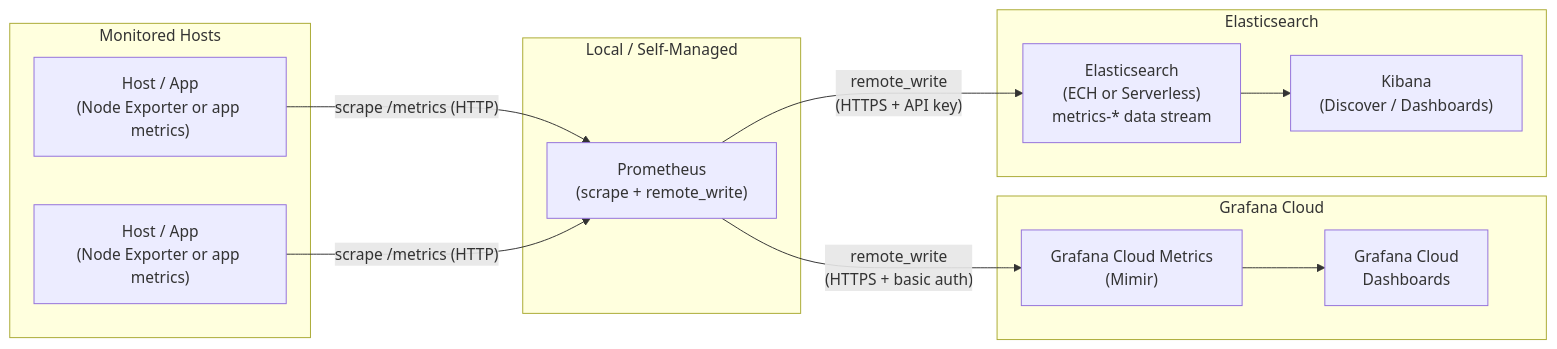
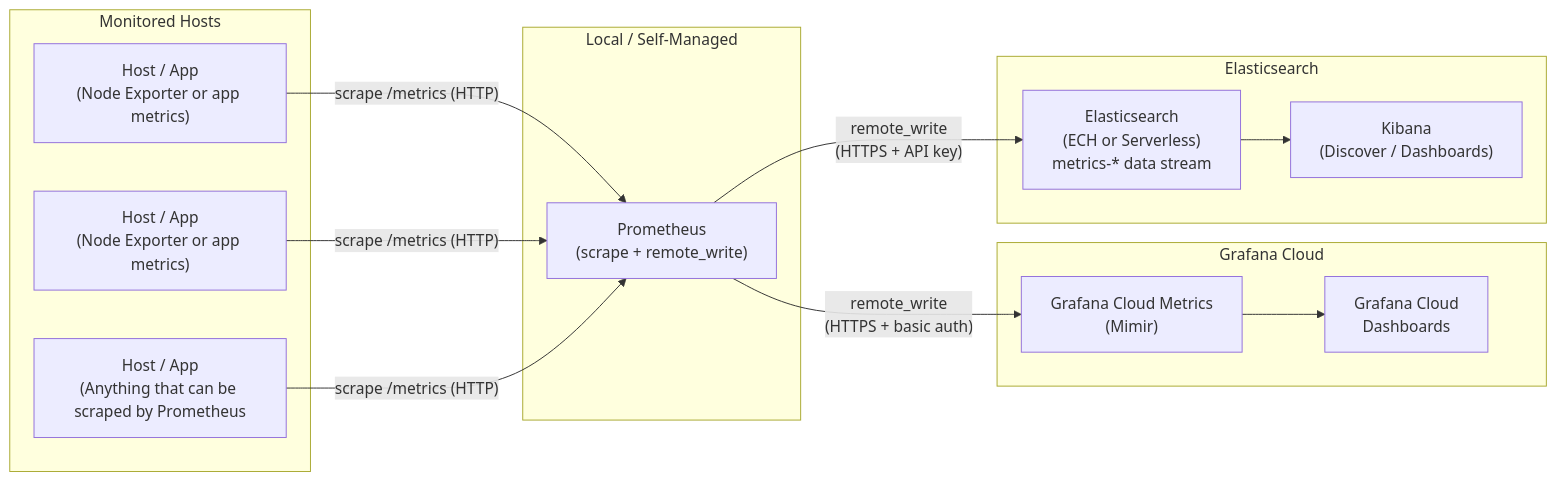
One commit to bvader/metrics-2-elastic changed the second of 6 diagrams in README.md. Above: the diagram before and after it, drawn with Mermaid. The commit also changed other lines of this file, not shown here.

````diff
--- a/README.md
+++ b/README.md
@@ -247,28 +249,30 @@
 ```mermaid
 flowchart LR
     subgraph hosts["Monitored Hosts"]
         A1["Host / App\n(Node Exporter or app metrics)"]
         A2["Host / App\n(Node Exporter or app metrics)"]
+        A3["Host / App\n(Anything that can be scraped by Prometheus"]
     end
 
     subgraph local["Local / Self-Managed"]
         P["Prometheus\n(scrape + remote_write)"]
     end
 
     subgraph grafanacloud["Grafana Cloud"]
         GCM["Grafana Cloud Metrics\n(Mimir)"]
         GCD["Grafana Cloud\nDashboards"]
         GCM --> GCD
     end
 
     subgraph elastic["Elasticsearch"]
         ES["Elasticsearch\n(ECH or Serverless)\nmetrics-* data stream"]
         KB["Kibana\n(Discover / Dashboards)"]
         ES --> KB
     end
 
     A1 -- "scrape /metrics (HTTP)" --> P
     A2 -- "scrape /metrics (HTTP)" --> P
+    A3 -- "scrape /metrics (HTTP)" --> P
     P -- "remote_write\n(HTTPS + API key)" --> ES
     P -- "remote_write\n(HTTPS + basic auth)" --> GCM
 ```
````
